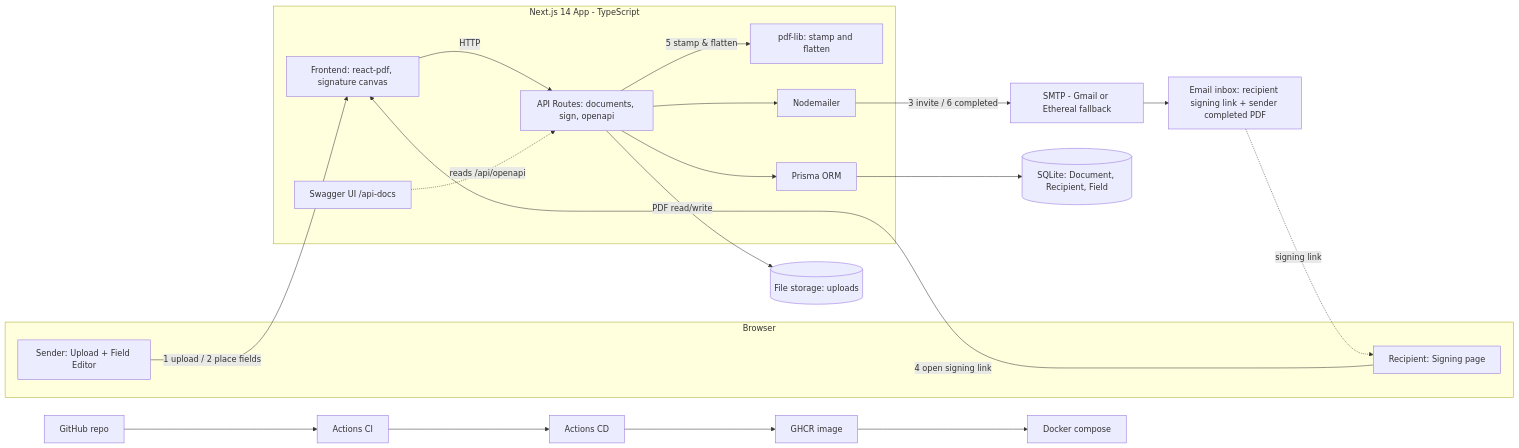
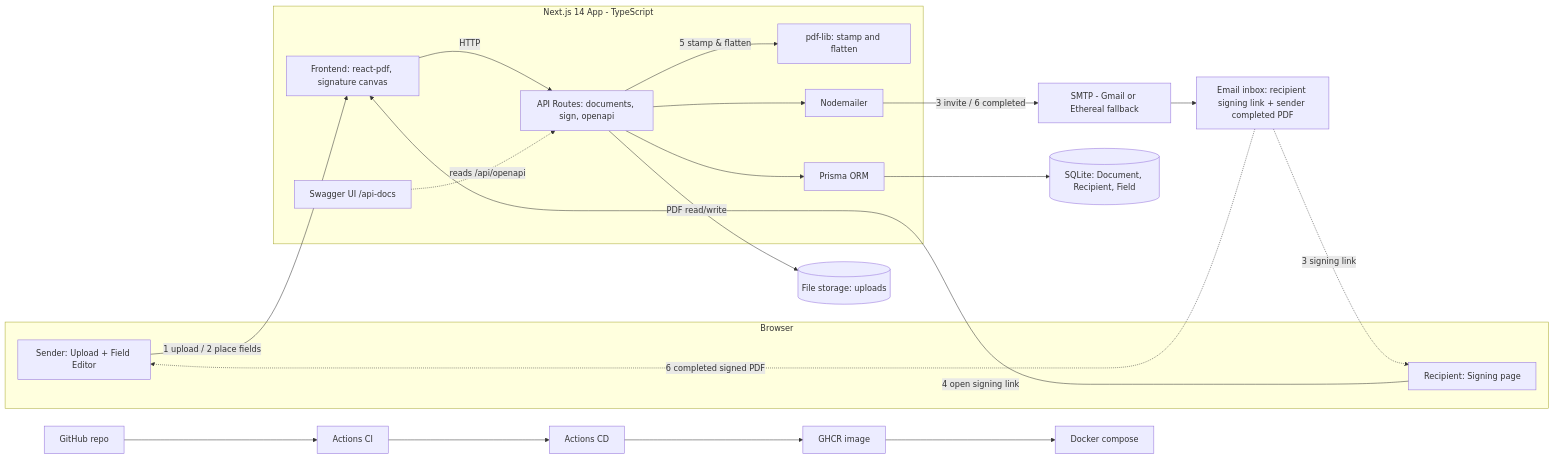
Before and after one commit to farahfarchoukh/esign-mvp: the second of 2 diagrams in README.md, drawn with Mermaid. The commit also changed 1 other file, not shown here.

Commit message:
docs: show step 6 completed PDF delivered to sender (symmetric email arrows)

````diff
--- a/README.md
+++ b/README.md
@@ -30,30 +30,31 @@
 ```mermaid
 flowchart LR
   subgraph Client[Browser]
     S[Sender: Upload + Field Editor]
     R[Recipient: Signing page]
   end
   subgraph App[Next.js 14 App - TypeScript]
     FE[Frontend: react-pdf, signature canvas]
     API[API Routes: documents, sign, openapi]
     STAMP[pdf-lib: stamp and flatten]
     MAIL[Nodemailer]
     PRISMA[Prisma ORM]
     SW[Swagger UI /api-docs]
   end
   DB[(SQLite: Document, Recipient, Field)]
   FILES[(File storage: uploads)]
   SMTP[SMTP - Gmail or Ethereal fallback]
   INBOX[Email inbox: recipient signing link + sender completed PDF]
   GH[GitHub repo] --> CI[Actions CI] --> CD[Actions CD] --> GHCR[GHCR image] --> DOCKER[Docker compose]
   S -->|1 upload / 2 place fields| FE
   R -->|4 open signing link| FE
   FE -->|HTTP| API
   API -->|5 stamp & flatten| STAMP
   API --> MAIL
   API --> PRISMA --> DB
   API -->|PDF read/write| FILES
   MAIL -->|3 invite / 6 completed| SMTP --> INBOX
-  INBOX -.signing link.-> R
+  INBOX -.3 signing link.-> R
+  INBOX -.6 completed signed PDF.-> S
   SW -.reads /api/openapi.-> API
 ```
````
